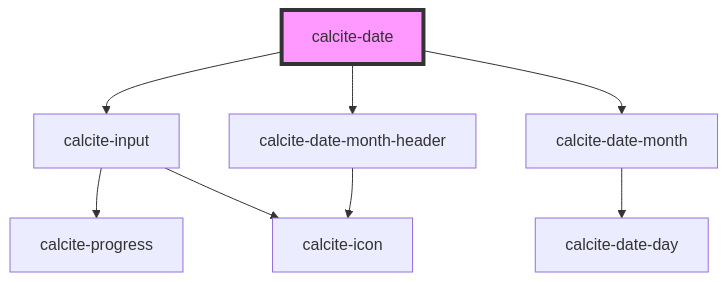
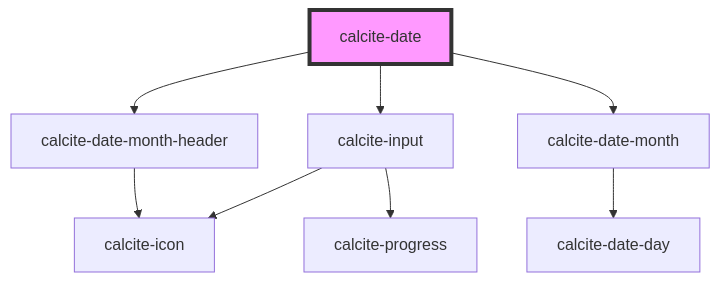
One commit to vikivakarvc/calcite-design-system changed the diagram in src/components/calcite-date/readme.md. Above: the diagram before and after it, drawn with Mermaid. The commit also changed other lines of this file and 22 other files, not shown here.

````diff
--- a/src/components/calcite-date/readme.md
+++ b/src/components/calcite-date/readme.md
@@ -54,11 +52,11 @@
 ```mermaid
 graph TD;
   calcite-date --> calcite-input
   calcite-date --> calcite-date-month-header
   calcite-date --> calcite-date-month
+  calcite-input --> calcite-icon
   calcite-input --> calcite-progress
-  calcite-input --> calcite-icon
   calcite-date-month-header --> calcite-icon
   calcite-date-month --> calcite-date-day
   style calcite-date fill:#f9f,stroke:#333,stroke-width:4px
 ```
````
